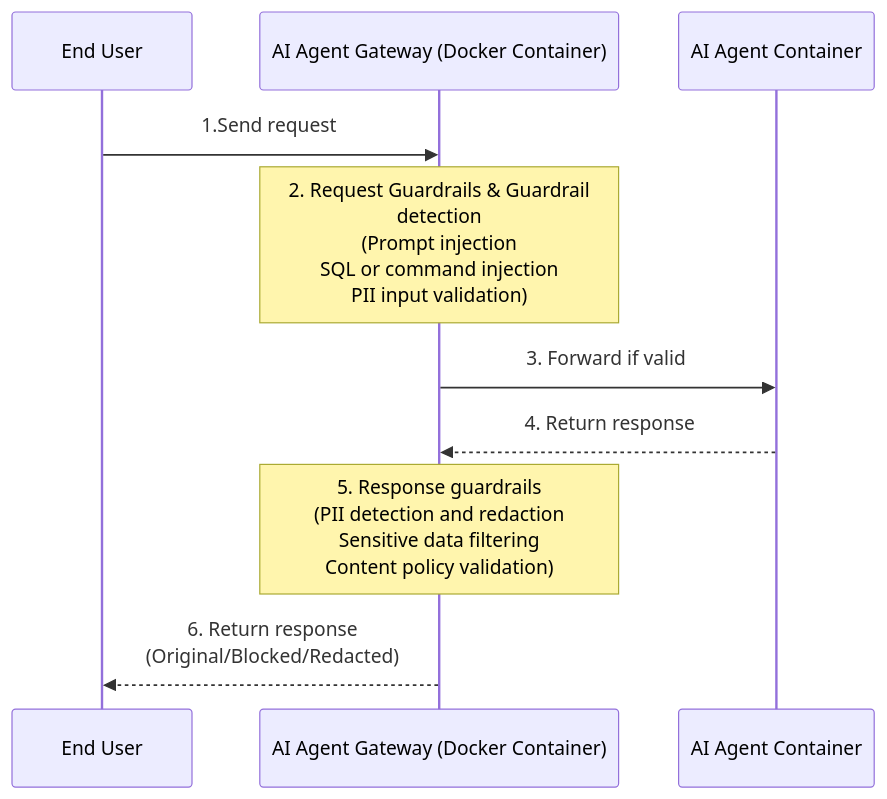
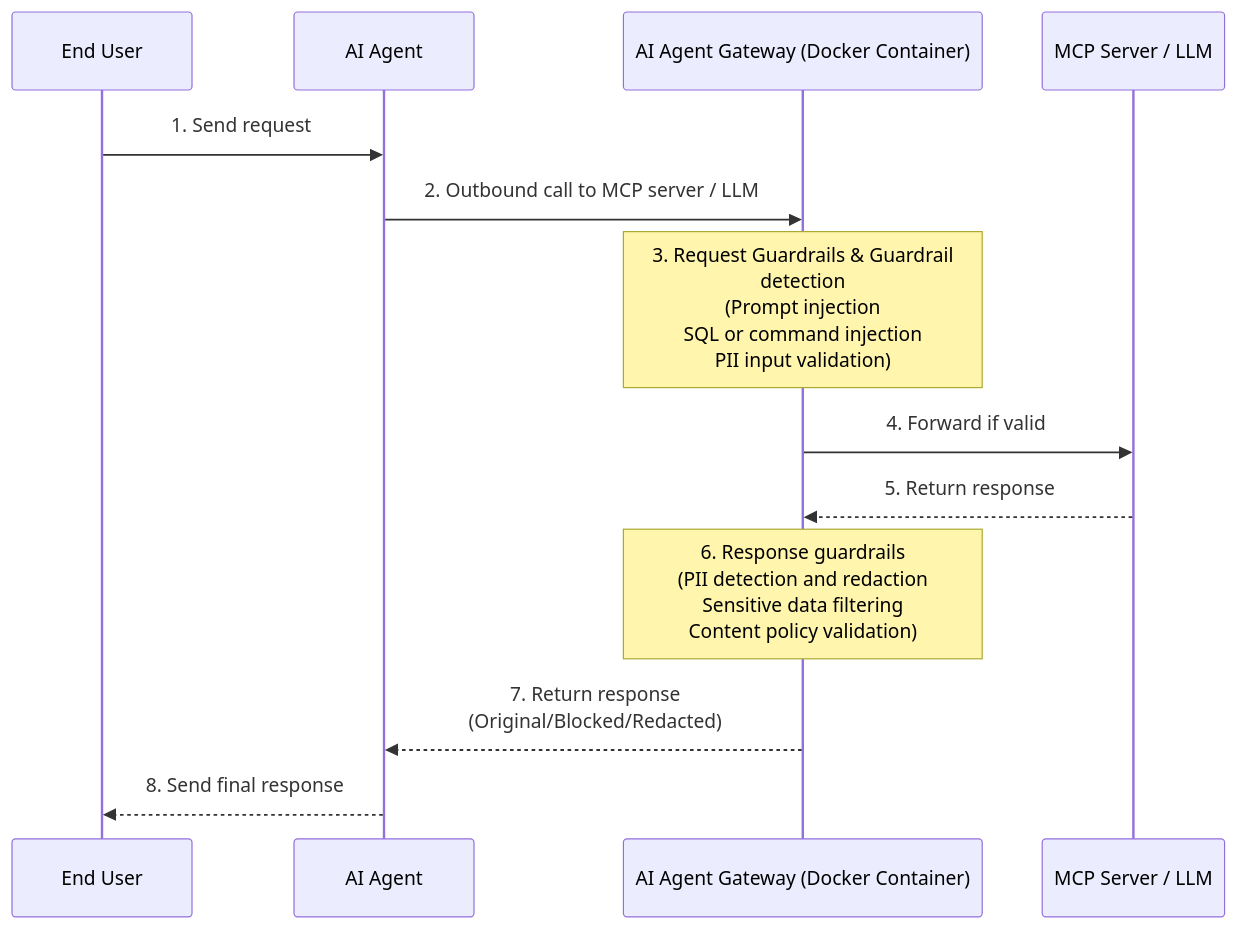
Before and after one commit to akto-api-security/Documentation: the diagram in agentic-guardrails/overview/akto-agent-proxy.md, drawn with Mermaid. The commit also changed other lines of this file, not shown here.

Commit message:
revamp: correct AI Agent Gateway architecture diagram to sit between agent and MCP/LLM calls

````diff
--- a/agentic-guardrails/overview/akto-agent-proxy.md
+++ b/agentic-guardrails/overview/akto-agent-proxy.md
@@ -20,17 +20,21 @@
 ```mermaid
 sequenceDiagram
     participant U as End User
-    participant P as AI Agent Gateway (Docker Container)   
-    participant A as AI Agent Container
+    participant A as AI Agent
+    participant P as AI Agent Gateway (Docker Container)
+    participant T as MCP Server / LLM
 
-    U ->> P: 1.Send request
+    U ->> A: 1. Send request
 
-    Note over P: 2. Request Guardrails & Guardrail<br>detection<br>(Prompt injection<br>SQL or command injection<br>PII input validation)
+    A ->> P: 2. Outbound call to MCP server / LLM
 
-    P ->> A: 3. Forward if valid
-    A -->> P: 4. Return response
+    Note over P: 3. Request Guardrails & Guardrail<br>detection<br>(Prompt injection<br>SQL or command injection<br>PII input validation)
 
-    Note over P: 5. Response guardrails<br>(PII detection and redaction<br>Sensitive data filtering<br>Content policy validation)
+    P ->> T: 4. Forward if valid
+    T -->> P: 5. Return response
 
-    P -->> U: 6. Return response<br> (Original/Blocked/Redacted)
+    Note over P: 6. Response guardrails<br>(PII detection and redaction<br>Sensitive data filtering<br>Content policy validation)
+
+    P -->> A: 7. Return response<br>(Original/Blocked/Redacted)
+    A -->> U: 8. Send final response
 ```
````
